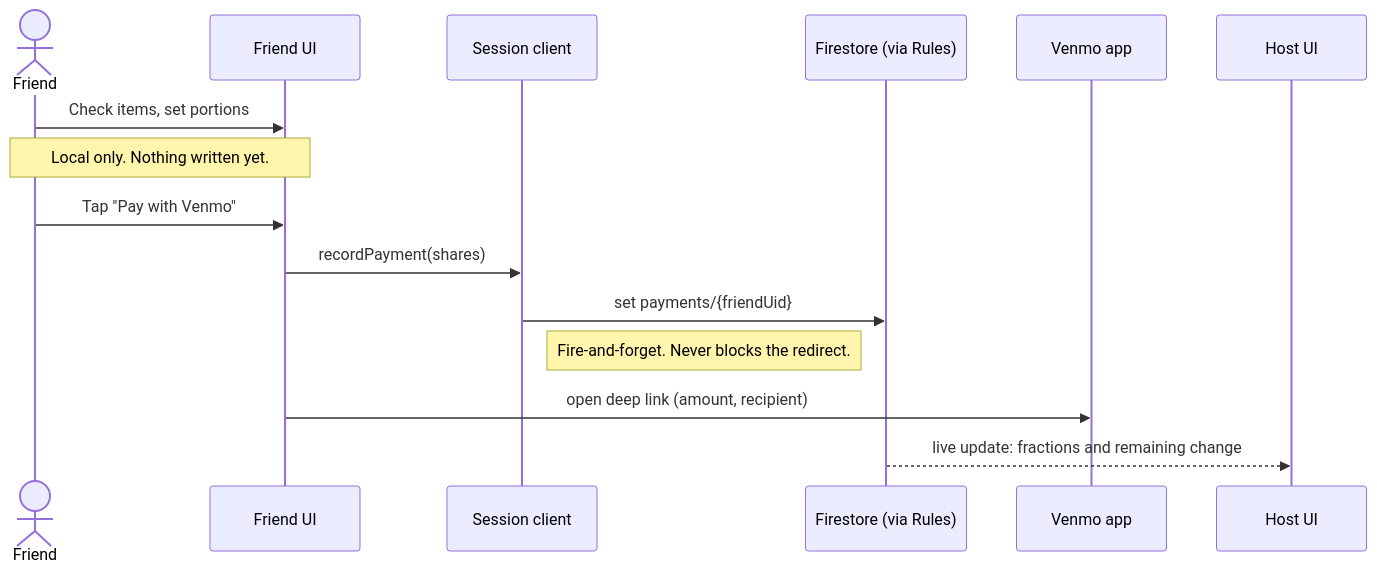
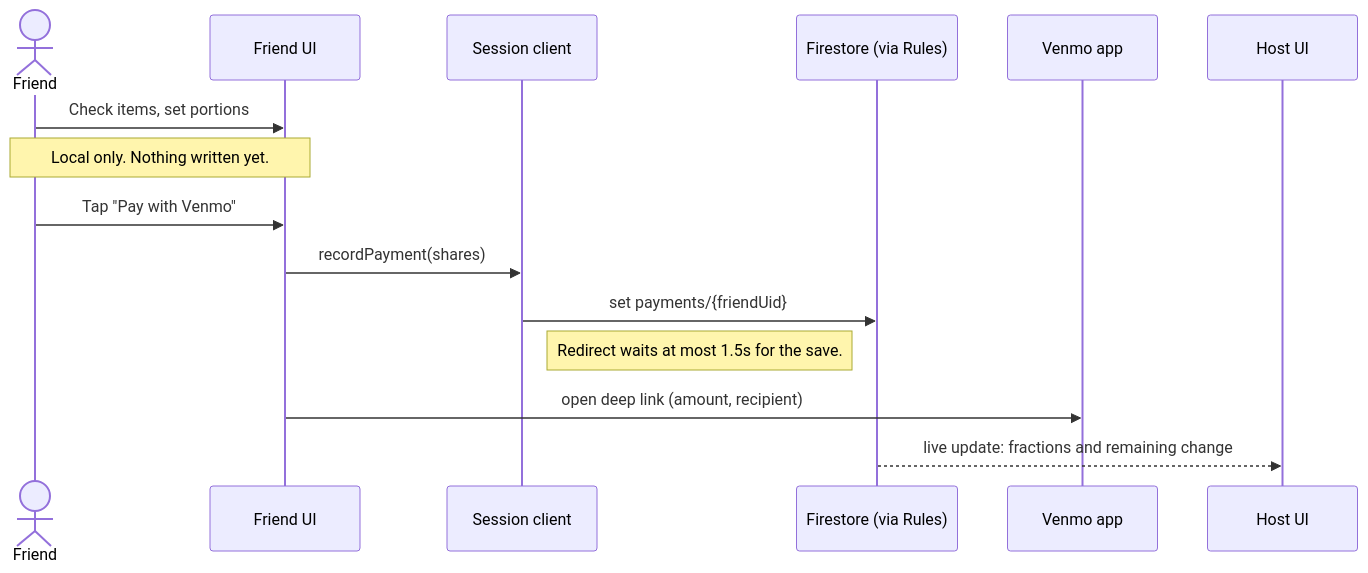
The fifth of 8 diagrams in planning/live-bill-status.plan.md (quasarbright/dinner-debt), drawn with Mermaid before and after one commit. The commit also changed 9 other files, not shown here.

````diff
--- a/planning/live-bill-status.plan.md
+++ b/planning/live-bill-status.plan.md
@@ -204,18 +204,18 @@
 ```mermaid
 sequenceDiagram
   actor Friend
   participant FriendUI as Friend UI
   participant Client as Session client
   participant FS as Firestore (via Rules)
   participant Venmo as Venmo app
   participant HostUI as Host UI
 
   Friend->>FriendUI: Check items, set portions
   Note over Friend,FriendUI: Local only. Nothing written yet.
   Friend->>FriendUI: Tap "Pay with Venmo"
   FriendUI->>Client: recordPayment(shares)
   Client->>FS: set payments/{friendUid}
-  Note right of Client: Fire-and-forget. Never blocks the redirect.
+  Note right of Client: Redirect waits at most 1.5s for the save.
   FriendUI->>Venmo: open deep link (amount, recipient)
   FS-->>HostUI: live update: fractions and remaining change
 ```
````
